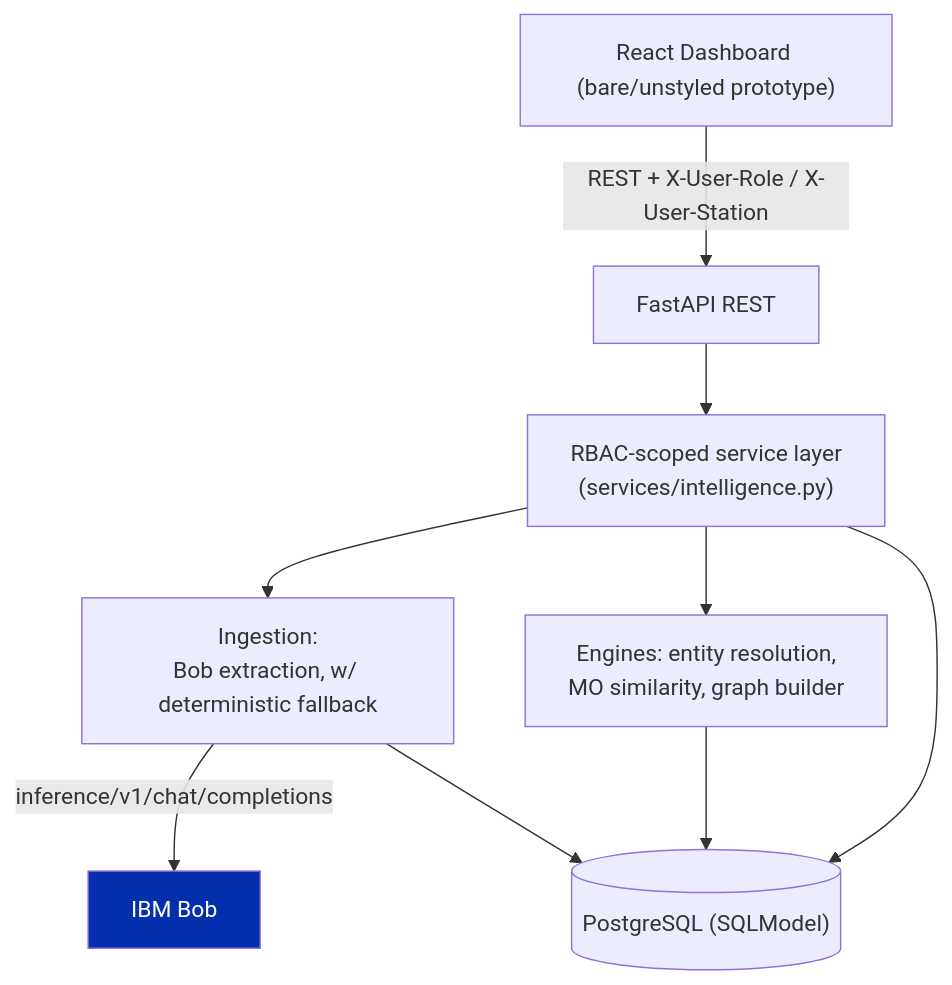
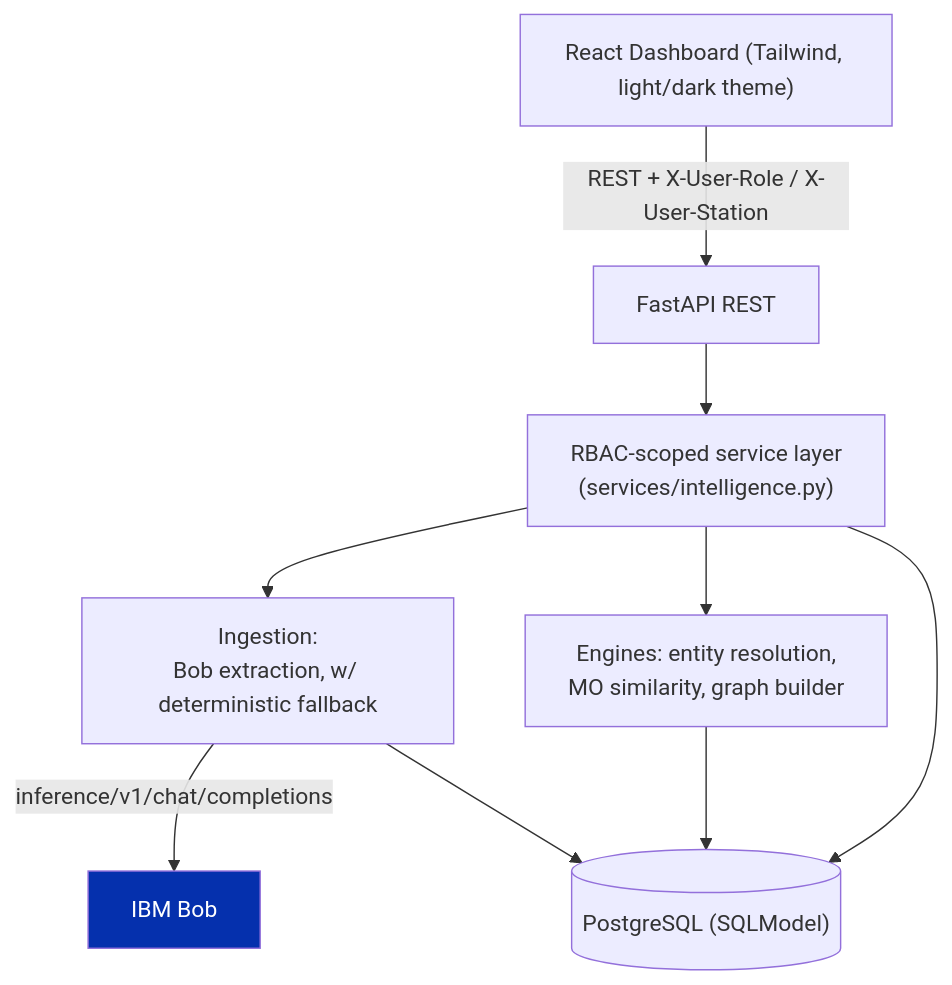
One commit to samSRaina/bob changed the diagram in docs/architecture.md. Above: the diagram before and after it, drawn with Mermaid. The commit also changed other lines of this file and 27 other files, not shown here.

First line of the commit message:
feat: modern Tailwind redesign for the dashboard UI

````diff
--- a/docs/architecture.md
+++ b/docs/architecture.md
@@ -5,14 +5,14 @@
 ```mermaid
 graph TD
-    UI["React Dashboard (bare/unstyled prototype)"] -->|"REST + X-User-Role / X-User-Station"| REST[FastAPI REST]
+    UI["React Dashboard (Tailwind, light/dark theme)"] -->|"REST + X-User-Role / X-User-Station"| REST[FastAPI REST]
     REST --> SVC["RBAC-scoped service layer<br/>(services/intelligence.py)"]
     SVC --> ING["Ingestion:<br/>Bob extraction, w/ deterministic fallback"]
     SVC --> ENG["Engines: entity resolution,<br/>MO similarity, graph builder"]
     ING -->|"inference/v1/chat/completions"| BOB["IBM Bob"]
     ING --> DB[("PostgreSQL (SQLModel)")]
     ENG --> DB
     SVC --> DB
 
     classDef ibm fill:#0530ad,color:#fff;
     class BOB ibm;
 ```
````
